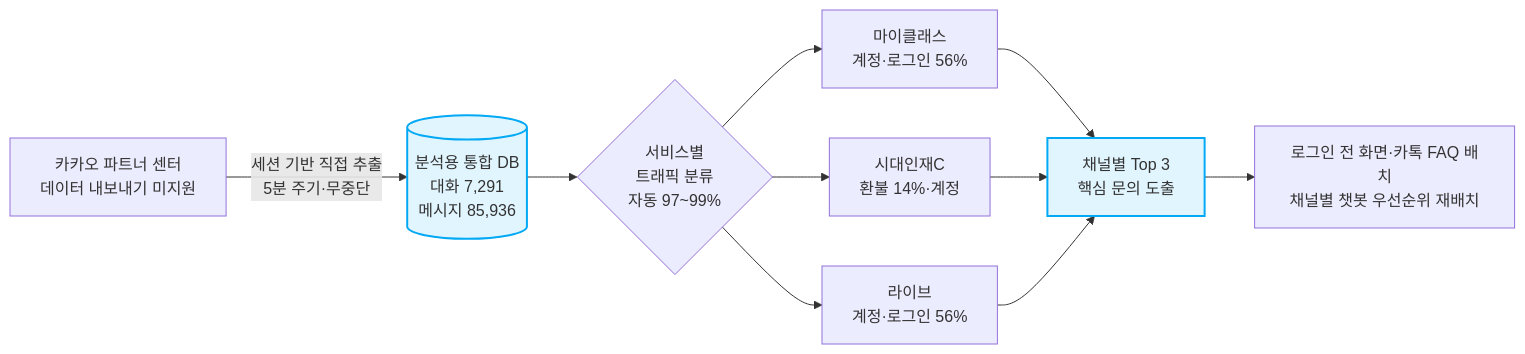
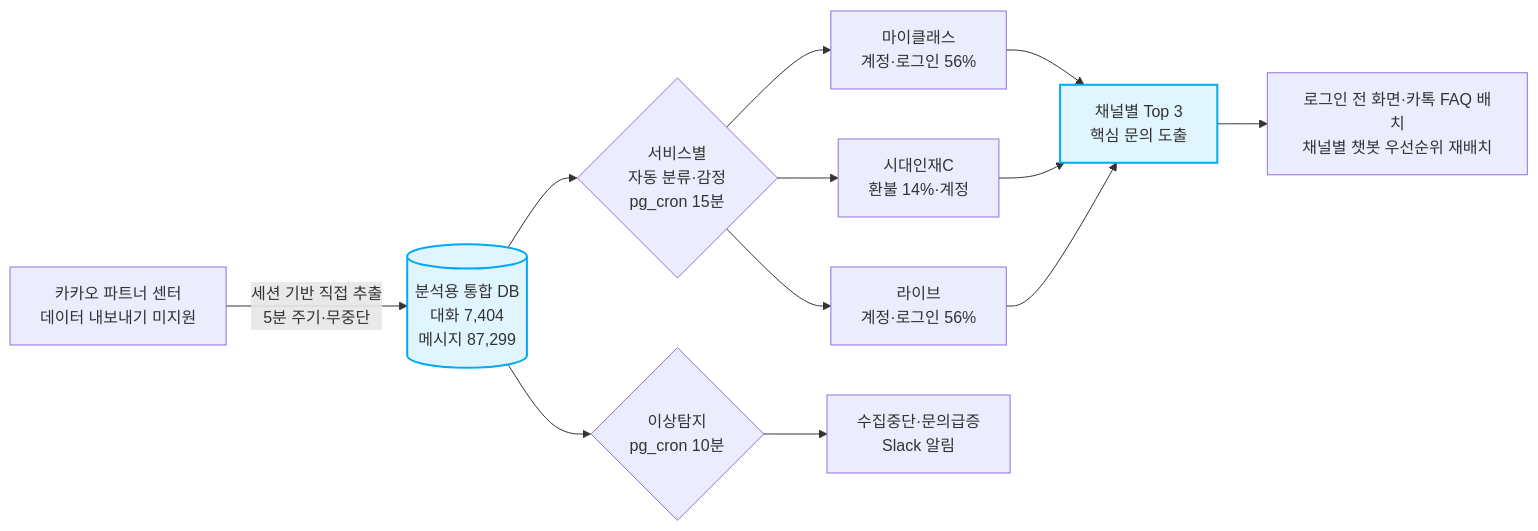
One commit to layr8x/Wiki changed the first of 2 diagrams in analysis/kakao-collect/카카오상담수집_컨플루언스.md. Above: the diagram before and after it, drawn with Mermaid. The commit also changed other lines of this file and 17 other files, not shown here.

First line of the commit message:
카카오 상담 데이터 파이프라인 고도화: 분류·감정분석·이상탐지 자동화 (#247)

````diff
--- a/analysis/kakao-collect/카카오상담수집_컨플루언스.md
+++ b/analysis/kakao-collect/카카오상담수집_컨플루언스.md
@@ -23,13 +23,15 @@
 ```mermaid
 graph LR
-    A[카카오 파트너 센터<br>데이터 내보내기 미지원] -->|세션 기반 직접 추출<br>5분 주기·무중단| B[(분석용 통합 DB<br>대화 7,291<br>메시지 85,936)]
-    B --> C{서비스별<br>트래픽 분류<br>자동 97~99%}
+    A[카카오 파트너 센터<br>데이터 내보내기 미지원] -->|세션 기반 직접 추출<br>5분 주기·무중단| B[(분석용 통합 DB<br>대화 7,404<br>메시지 87,299)]
+    B --> C{서비스별<br>자동 분류·감정<br>pg_cron 15분}
     C --> D[마이클래스<br>계정·로그인 56%]
     C --> E[시대인재C<br>환불 14%·계정]
     C --> F[라이브<br>계정·로그인 56%]
     D & E & F --> G[채널별 Top 3<br>핵심 문의 도출]
+    B --> I{이상탐지<br>pg_cron 10분}
+    I --> J[수집중단·문의급증<br>Slack 알림]
     G --> H[로그인 전 화면·카톡 FAQ 배치<br>채널별 챗봇 우선순위 재배치]
 
     classDef highlight fill:#e1f5fe,stroke:#03a9f4,stroke-width:2px;
     class B,G highlight;
 ```
````
